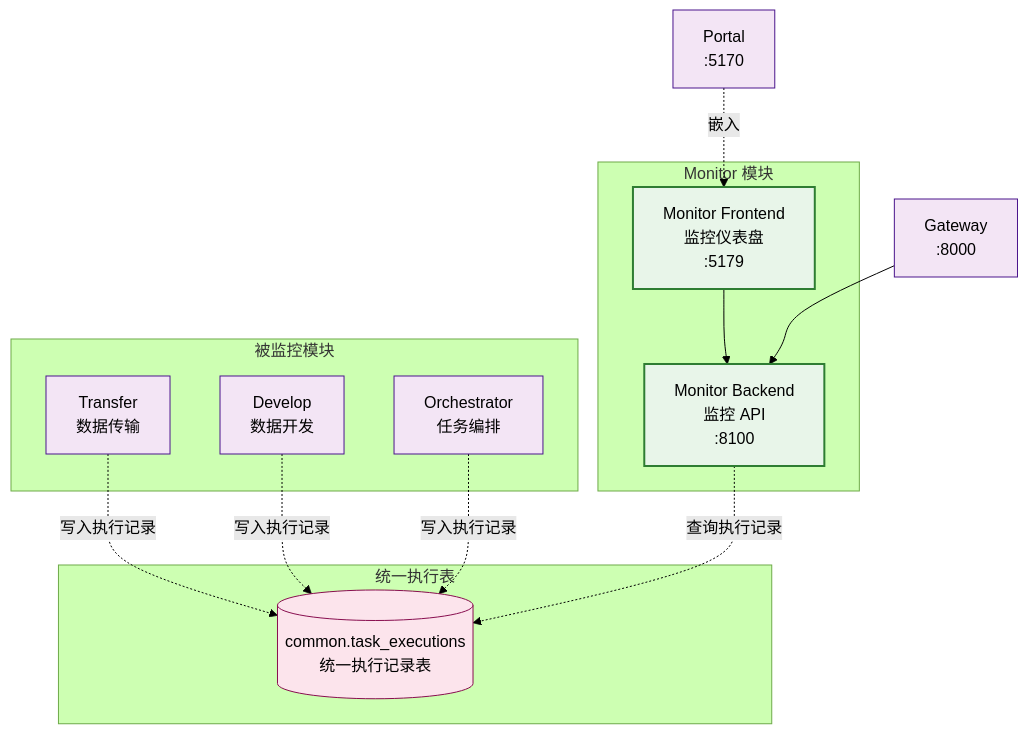
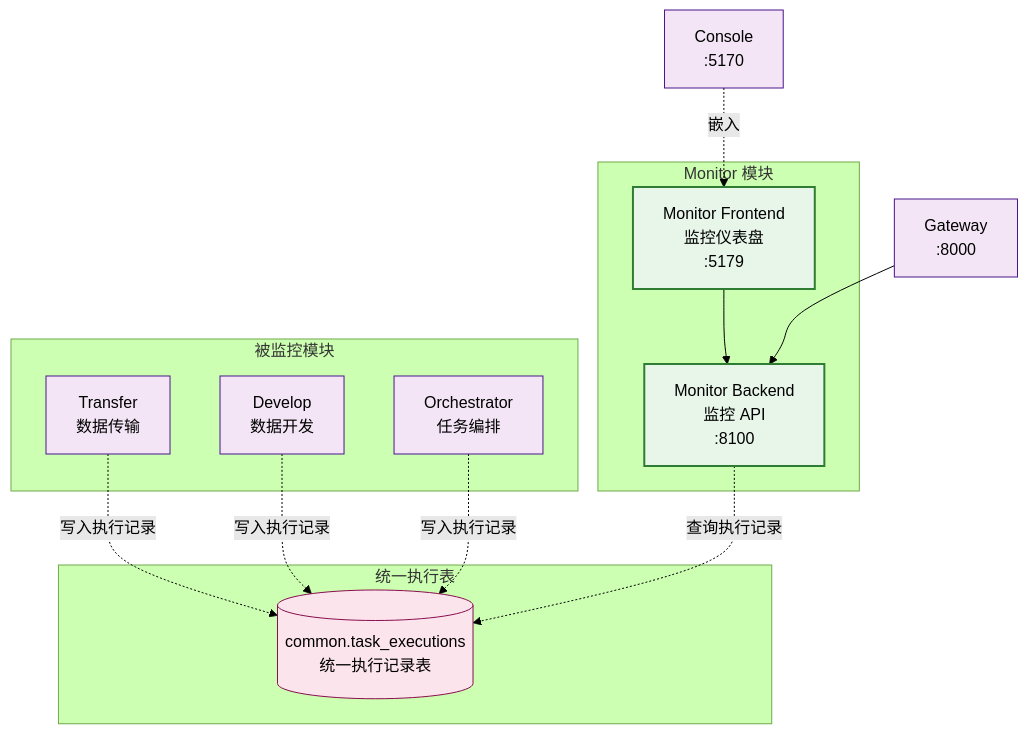
One commit to pampa0629/addp changed the fifth of 12 diagrams in docs/addp模块架构图.md. Above: the diagram before and after it, drawn with Mermaid (forest theme). The commit also changed other lines of this file and 253 other files, not shown here.

````diff
--- a/docs/addp模块架构图.md
+++ b/docs/addp模块架构图.md
@@ -344,34 +344,34 @@
 ```mermaid
 graph TB
     subgraph "Monitor 模块"
         MFE[Monitor Frontend<br/>监控仪表盘<br/>:5179]
         MBE[Monitor Backend<br/>监控 API<br/>:8100]
         MFE --> MBE
     end
 
     subgraph "被监控模块"
         Transfer[Transfer<br/>数据传输]
         Develop[Develop<br/>数据开发]
         Orchestrator[Orchestrator<br/>任务编排]
     end
 
     subgraph "统一执行表"
         TaskExec[(common.task_executions<br/>统一执行记录表)]
     end
 
     Transfer -.写入执行记录.-> TaskExec
     Develop -.写入执行记录.-> TaskExec
     Orchestrator -.写入执行记录.-> TaskExec
     MBE -.查询执行记录.-> TaskExec
 
     Gateway[Gateway<br/>:8000] --> MBE
-    Portal[Portal<br/>:5170] -.嵌入.-> MFE
+    Console[Console<br/>:5170] -.嵌入.-> MFE
 
     classDef monitor fill:#e8f5e9,stroke:#2e7d32,stroke-width:2px
     classDef module fill:#f3e5f5,stroke:#4a148c
     classDef infra fill:#fce4ec,stroke:#880e4f
 
     class MFE,MBE monitor
-    class Transfer,Develop,Orchestrator,Gateway,Portal module
+    class Transfer,Develop,Orchestrator,Gateway,Console module
     class TaskExec infra
 ```
````
